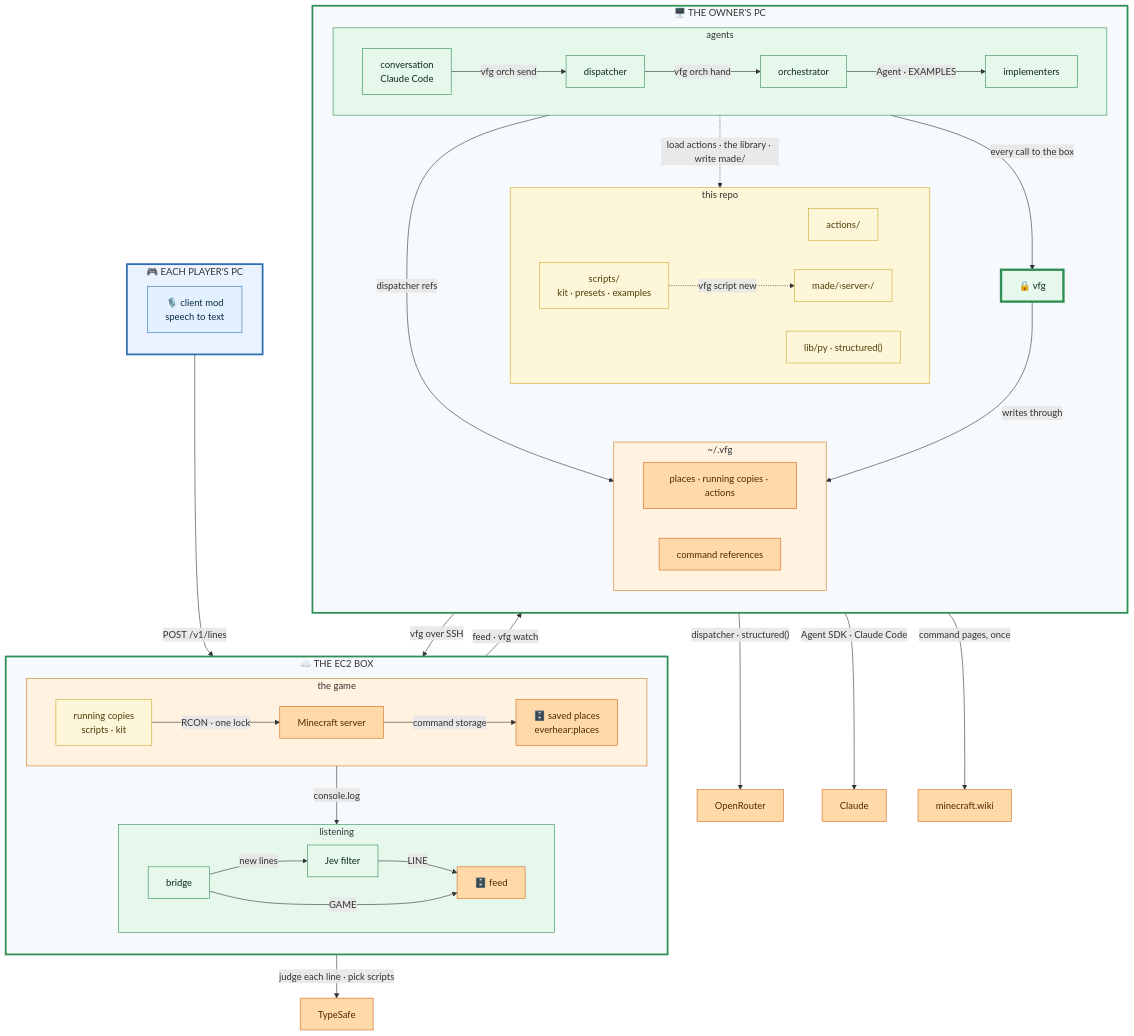
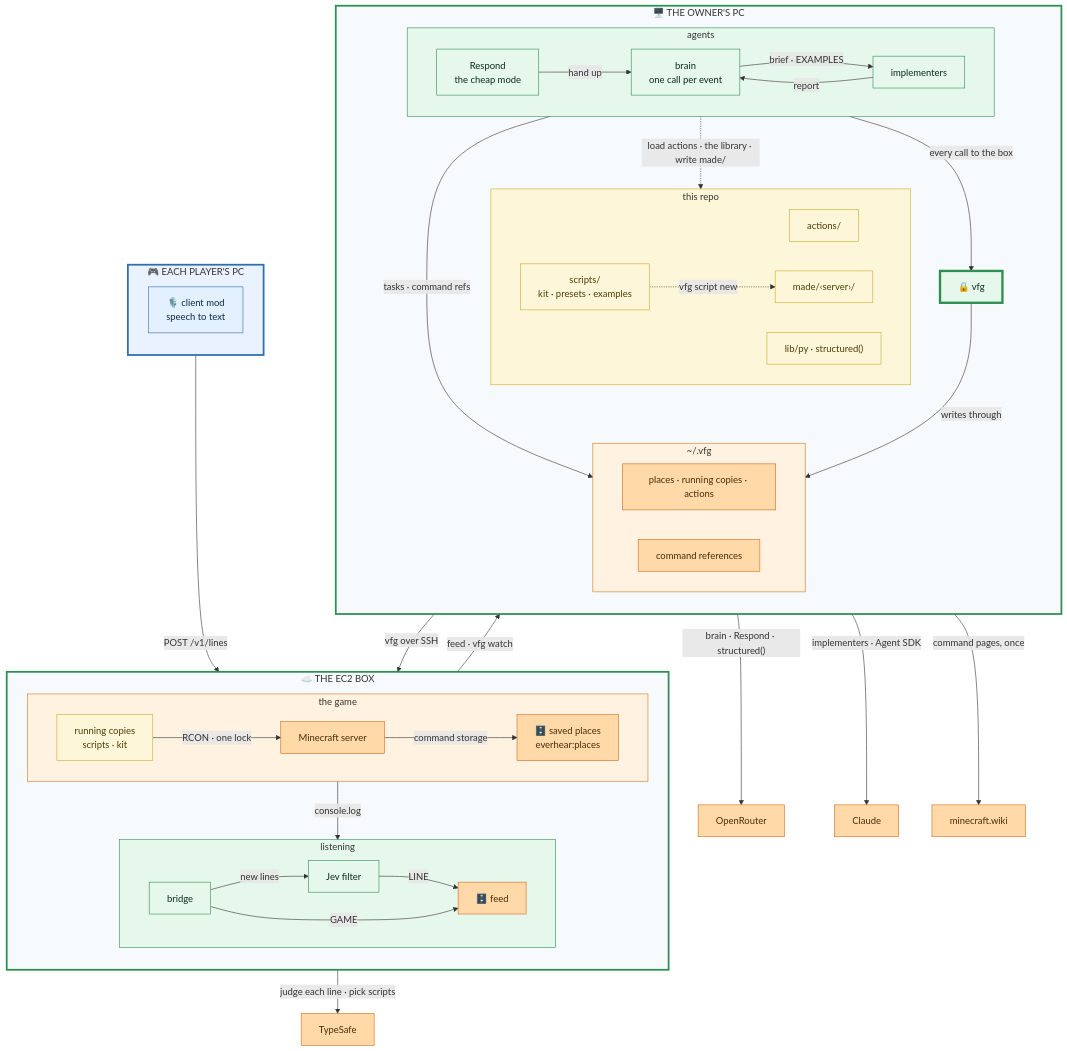
One commit to jesse51002/everhear changed the diagram in README.md. Above: the diagram before and after it, drawn with Mermaid. The commit also changed other lines of this file, not shown here.

Commit message:
README: the brain, Respond and the implementers in place of the conversation, the dispatcher and the orchestrator

```diff
--- a/README.md
+++ b/README.md
@@ -37,13 +37,12 @@
   subgraph Owner["🖥️ THE OWNER'S PC"]
     direction TB
     subgraph Agents["agents"]
-      Conv["conversation<br/>Claude Code"]
-      Disp["dispatcher"]
-      Orch["orchestrator"]
+      Brain["brain<br/>one call per event"]
+      Respond["Respond<br/>the cheap mode"]
       Impl["implementers"]
-      Conv -->|"vfg orch send"| Disp
-      Disp -->|"vfg orch hand"| Orch
-      Orch -->|"Agent · EXAMPLES"| Impl
+      Respond -->|"hand up"| Brain
+      Brain -->|"brief · EXAMPLES"| Impl
+      Impl -->|"report"| Brain
     end
     Vfg["🔒 vfg"]
     subgraph Repo["this repo"]
@@ -59,7 +58,7 @@
     end
     Agents -->|"every call to the box"| Vfg
     Agents -.->|"load actions · the library · write made/"| Repo
-    Agents -->|"dispatcher refs"| Home
+    Agents -->|"tasks · command refs"| Home
     Vfg -->|"writes through"| Home
   end
 
@@ -72,8 +71,8 @@
   Box -->|"feed · vfg watch"| Owner
   Owner -->|"vfg over SSH"| Box
   Box -->|"judge each line · pick scripts"| TypeSafe
-  Owner -->|"dispatcher · structured()"| OpenRouter
-  Owner -->|"Agent SDK · Claude Code"| Claude
+  Owner -->|"brain · Respond · structured()"| OpenRouter
+  Owner -->|"implementers · Agent SDK"| Claude
   Owner -->|"command pages, once"| Wiki
 
   classDef default fill:#ffffff,stroke:#94a3b8,color:#1f2937;
@@ -82,7 +81,7 @@
   classDef ext    fill:#ffd9a8,stroke:#d2691e,color:#4a2c08;
   classDef tool   fill:#fdf6d8,stroke:#caab2f,color:#4a3d08;
   class Mod client;
-  class Bridge,Jev,Conv,Disp,Orch,Impl,Vfg svc;
+  class Bridge,Jev,Brain,Respond,Impl,Vfg svc;
   class Feed,MC,Places,Cache,Refs,TypeSafe,OpenRouter,Claude,Wiki ext;
   class Run,Actions,Library,Made,Lib tool;
   style Player fill:#eaf2ff,stroke:#2f6fb0,stroke-width:3px;
```
